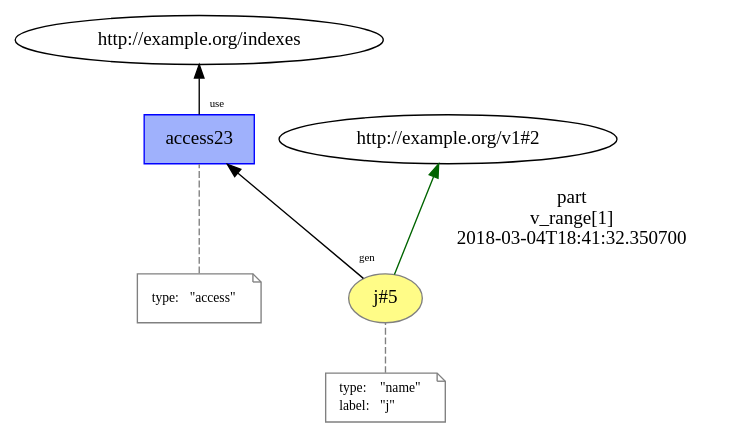
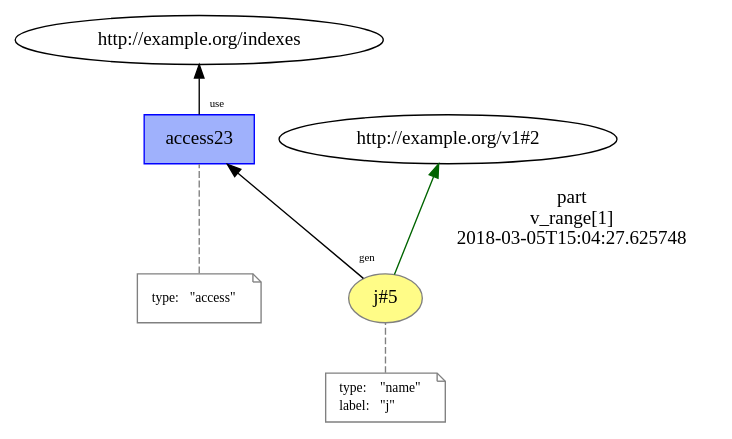
The diagram in images/mutable_prov/temp/L13__loop_access_5.dot (dew-uff/versioned-prov), drawn with Graphviz before and after one commit. The commit also changed 1735 other files, not shown here.

```diff
--- a/images/mutable_prov/temp/L13__loop_access_5.dot
+++ b/images/mutable_prov/temp/L13__loop_access_5.dot
@@ -1,27 +1,27 @@
 digraph "PROV" { size="16,12"; rankdir="BT";
 "http://example.org/j#5" [fillcolor="#FFFC87",color="#808080",style="filled",label="j#5",URL="http://example.org/j#5"]
 "-attrs0" [color="gray",shape="note",fontsize="10",fontcolor="black",label=<<TABLE cellpadding="0" border="0">
 	<TR>
 	    <TD align="left">type:</TD>
 	    <TD align="left">&quot;name&quot;</TD>
 	</TR>
 	<TR>
 	    <TD align="left">label:</TD>
 	    <TD align="left">&quot;j&quot;</TD>
 	</TR>
 </TABLE>>]
 "-attrs0" -> "http://example.org/j#5" [color="gray",style="dashed",arrowhead="none"]
 "http://example.org/j#5" -> "http://example.org/v1#2" [labelfontsize="8",labeldistance="1.5",color="darkgreen",labelangle="60.0",rotation="20",label="part
 v_range[1]
-2018-03-04T18:41:32.350700"]
+2018-03-05T15:04:27.625748"]
 "http://example.org/access23" [fillcolor="#9FB1FC",color="#0000FF",shape="polygon",sides="4",style="filled",label="access23",URL="http://example.org/access23"]
 "-attrs1" [color="gray",shape="note",fontsize="10",fontcolor="black",label=<<TABLE cellpadding="0" border="0">
 	<TR>
 	    <TD align="left">type:</TD>
 	    <TD align="left">&quot;access&quot;</TD>
 	</TR>
 </TABLE>>]
 "-attrs1" -> "http://example.org/access23" [color="gray",style="dashed",arrowhead="none"]
 "http://example.org/access23" -> "http://example.org/indexes" [labelfontsize="8",labeldistance="1.5",labelangle="60.0",rotation="20",taillabel="use"]
 "http://example.org/j#5" -> "http://example.org/access23" [labelfontsize="8",labeldistance="1.5",labelangle="60.0",rotation="20",taillabel="gen"]
 }
```
